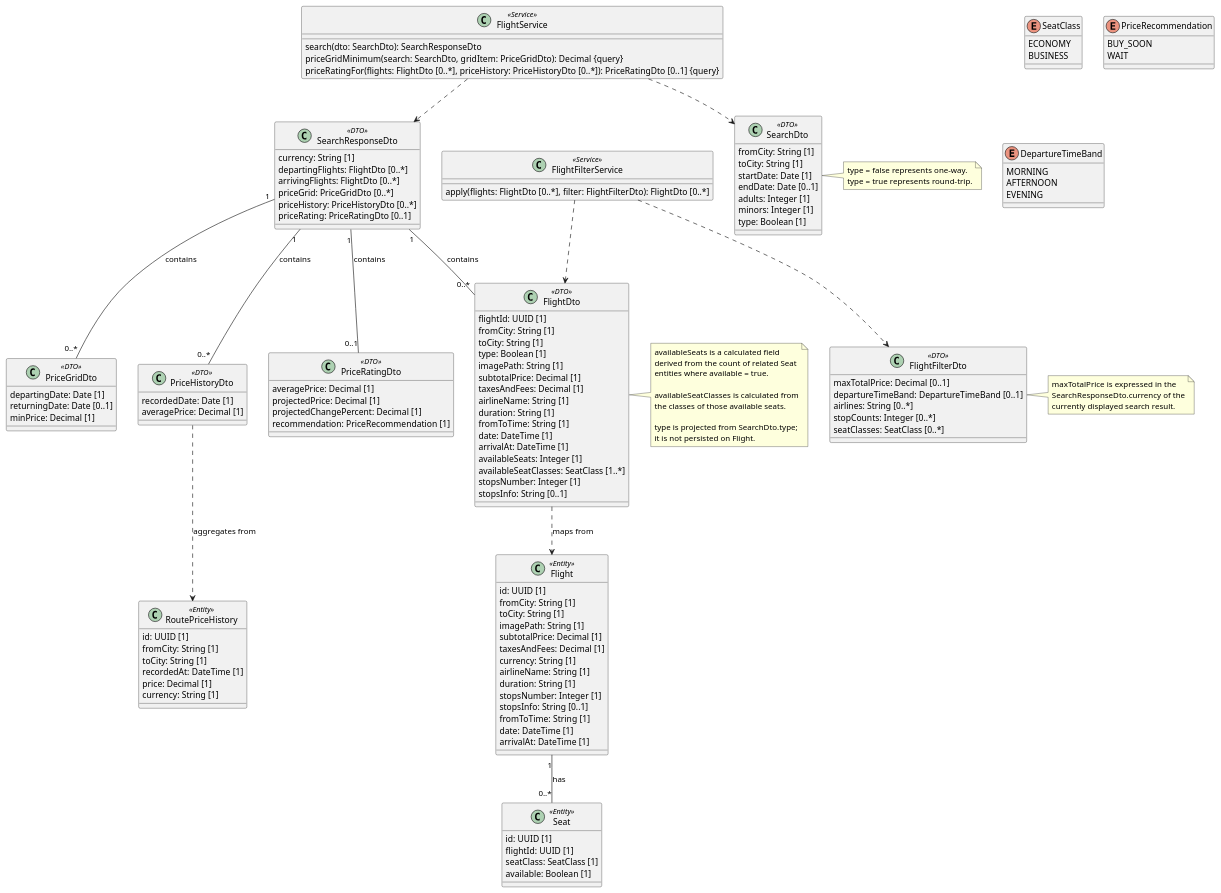
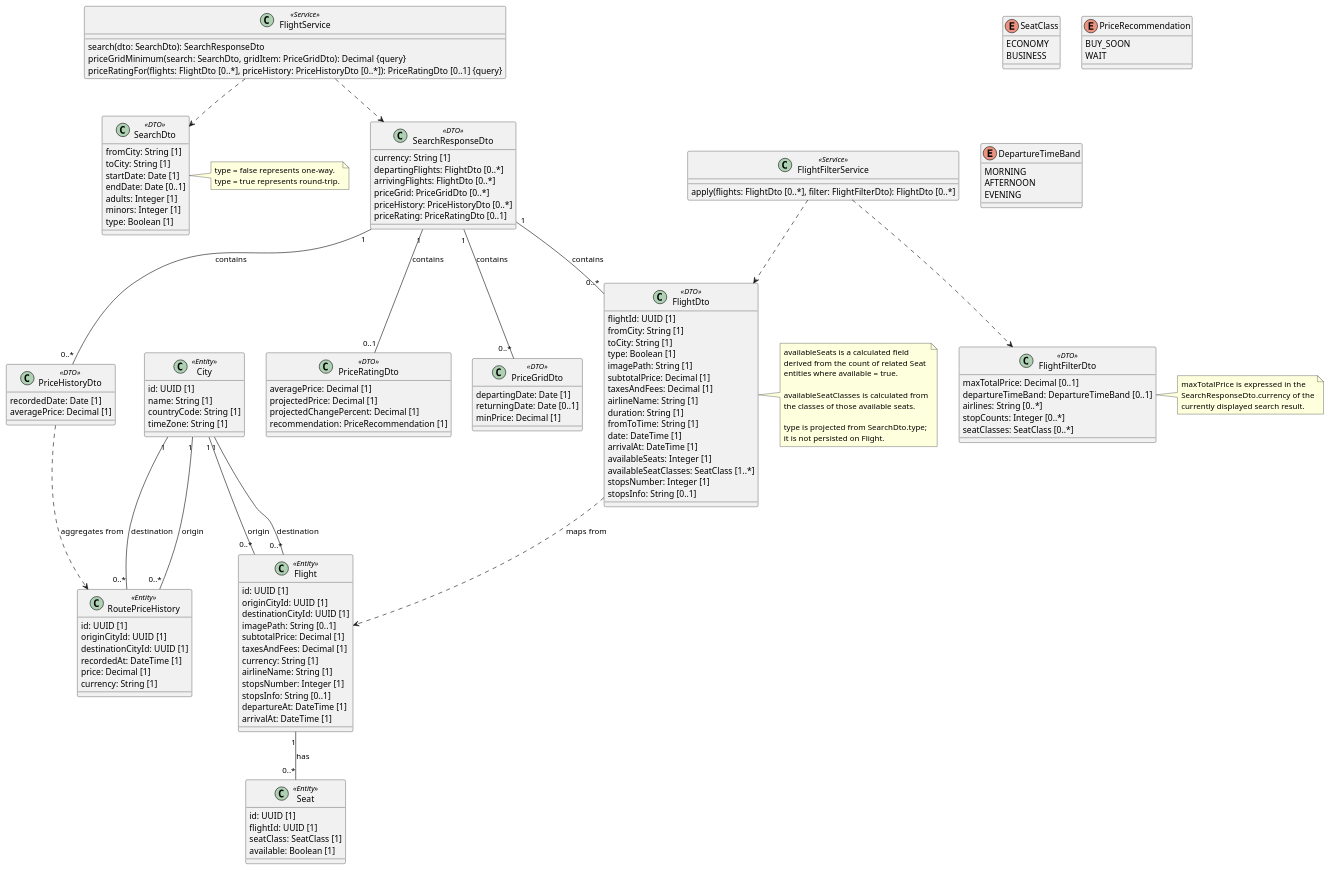
One commit to khanhNguyenHong2311/VT-TripmaSpecification changed the diagram in 01-inception/use-cases/uc-01-search-flights.md. Above: the diagram before and after it, drawn with PlantUML. The commit also changed other lines of this file and 19 other files, not shown here.

```diff
--- a/01-inception/use-cases/uc-01-search-flights.md
+++ b/01-inception/use-cases/uc-01-search-flights.md
@@ -113,20 +113,25 @@
 ~~~plantuml
 @startuml
 
+class City <<Entity>> {
+  id: UUID [1]
+  name: String [1]
+  countryCode: String [1]
+  timeZone: String [1]
+}
+
 class Flight <<Entity>> {
   id: UUID [1]
-  fromCity: String [1]
-  toCity: String [1]
-  imagePath: String [1]
+  originCityId: UUID [1]
+  destinationCityId: UUID [1]
+  imagePath: String [0..1]
   subtotalPrice: Decimal [1]
   taxesAndFees: Decimal [1]
   currency: String [1]
   airlineName: String [1]
-  duration: String [1]
   stopsNumber: Integer [1]
   stopsInfo: String [0..1]
-  fromToTime: String [1]
-  date: DateTime [1]
+  departureAt: DateTime [1]
   arrivalAt: DateTime [1]
 }
 
@@ -144,8 +149,8 @@
 
 class RoutePriceHistory <<Entity>> {
   id: UUID [1]
-  fromCity: String [1]
-  toCity: String [1]
+  originCityId: UUID [1]
+  destinationCityId: UUID [1]
   recordedAt: DateTime [1]
   price: Decimal [1]
   currency: String [1]
@@ -237,6 +242,10 @@
 }
 
 Flight "1" -- "0..*" Seat : has
+City "1" -- "0..*" Flight : origin
+City "1" -- "0..*" Flight : destination
+City "1" -- "0..*" RoutePriceHistory : origin
+City "1" -- "0..*" RoutePriceHistory : destination
 
 FlightService ..> SearchDto
 FlightService ..> SearchResponseDto
```
